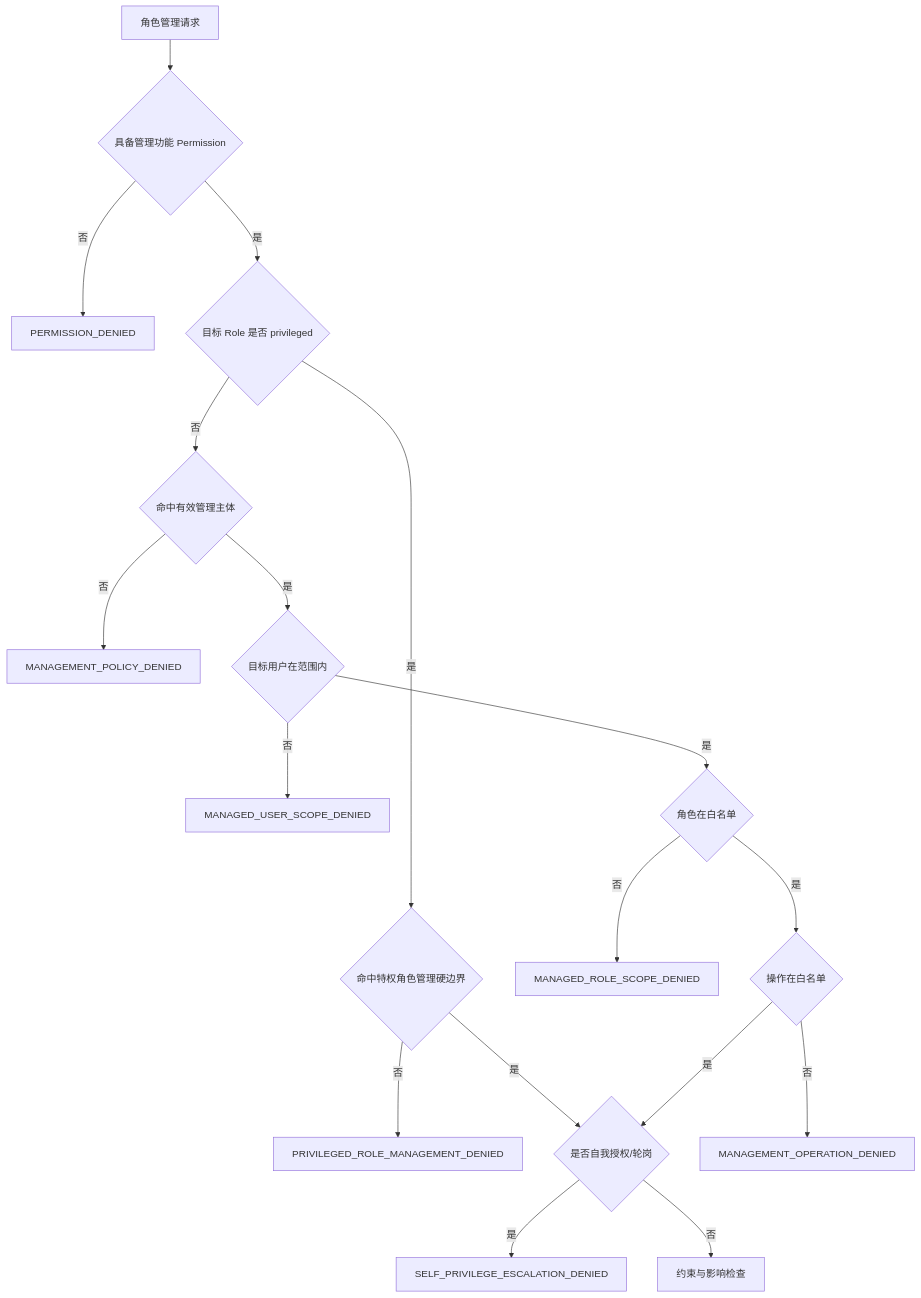
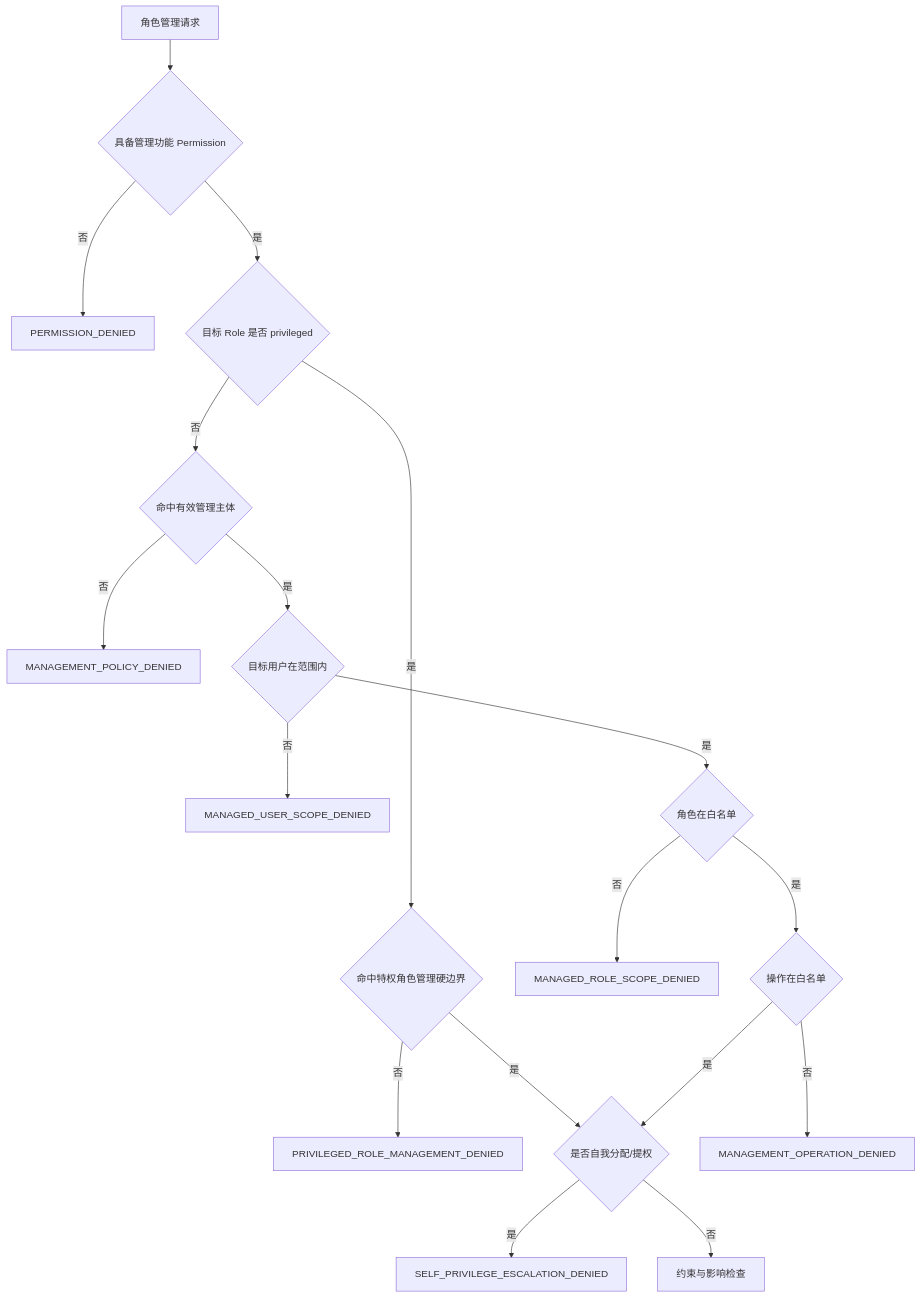
The fifth of 6 diagrams in docs/superpowers/specs/2026-07-30-rbac3-permission-platform-design.md (AllenDEricDAlexander/Egon-COLA), drawn with Mermaid before and after one commit. The commit also changed other lines of this file, not shown here.

````diff
--- a/docs/superpowers/specs/2026-07-30-rbac3-permission-platform-design.md
+++ b/docs/superpowers/specs/2026-07-30-rbac3-permission-platform-design.md
@@ -2723,20 +2908,20 @@
 ```mermaid
 flowchart TD
     Request["角色管理请求"] --> Feature{"具备管理功能 Permission"}
     Feature -->|否| Deny0["PERMISSION_DENIED"]
     Feature -->|是| Risk{"目标 Role 是否 privileged"}
     Risk -->|是| Privileged{"命中特权角色管理硬边界"}
     Privileged -->|否| DenyP["PRIVILEGED_ROLE_MANAGEMENT_DENIED"]
     Privileged -->|是| Self
     Risk -->|否| Subject{"命中有效管理主体"}
     Subject -->|否| Deny1["MANAGEMENT_POLICY_DENIED"]
     Subject -->|是| UserScope{"目标用户在范围内"}
     UserScope -->|否| Deny2["MANAGED_USER_SCOPE_DENIED"]
     UserScope -->|是| RoleScope{"角色在白名单"}
     RoleScope -->|否| Deny3["MANAGED_ROLE_SCOPE_DENIED"]
     RoleScope -->|是| Operation{"操作在白名单"}
     Operation -->|否| Deny4["MANAGEMENT_OPERATION_DENIED"]
-    Operation -->|是| Self{"是否自我授权/轮岗"}
+    Operation -->|是| Self{"是否自我分配/提权"}
     Self -->|是| Deny5["SELF_PRIVILEGE_ESCALATION_DENIED"]
     Self -->|否| Constraint["约束与影响检查"]
 ```
````
